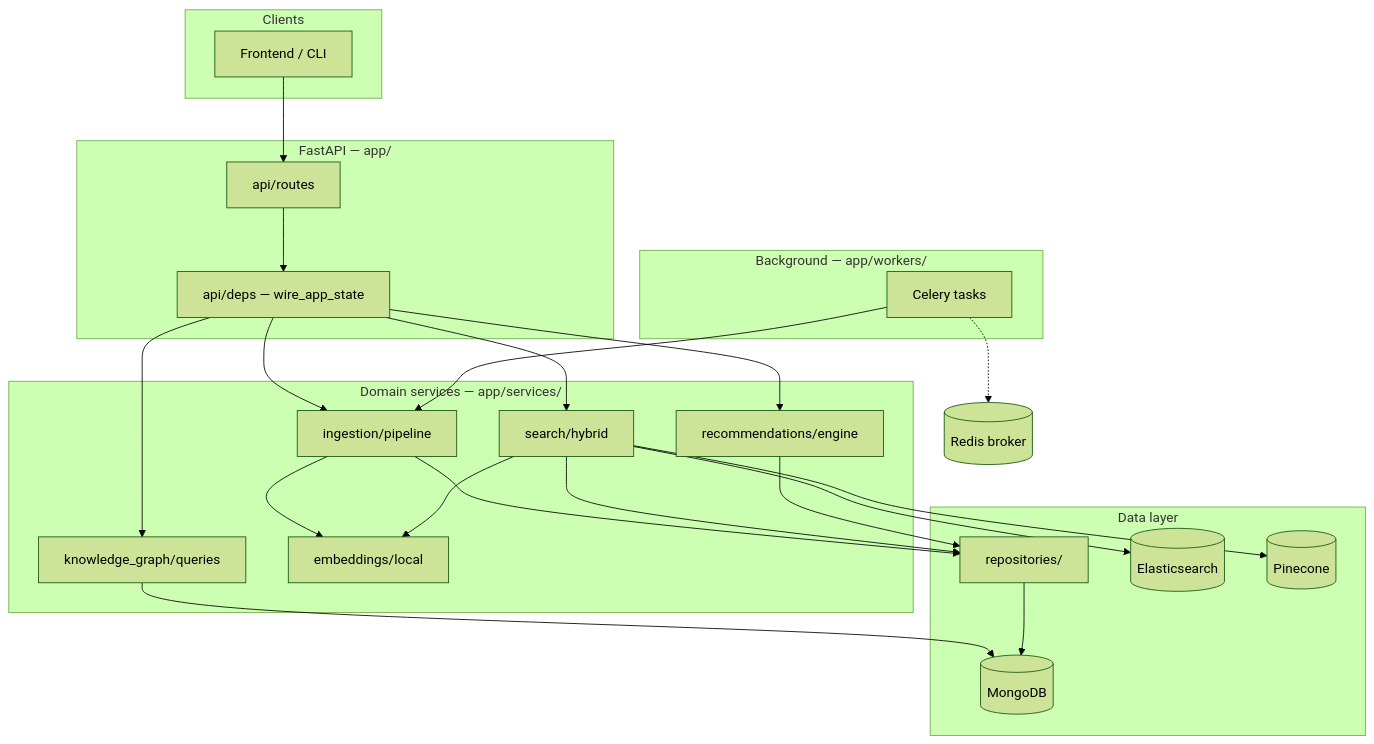
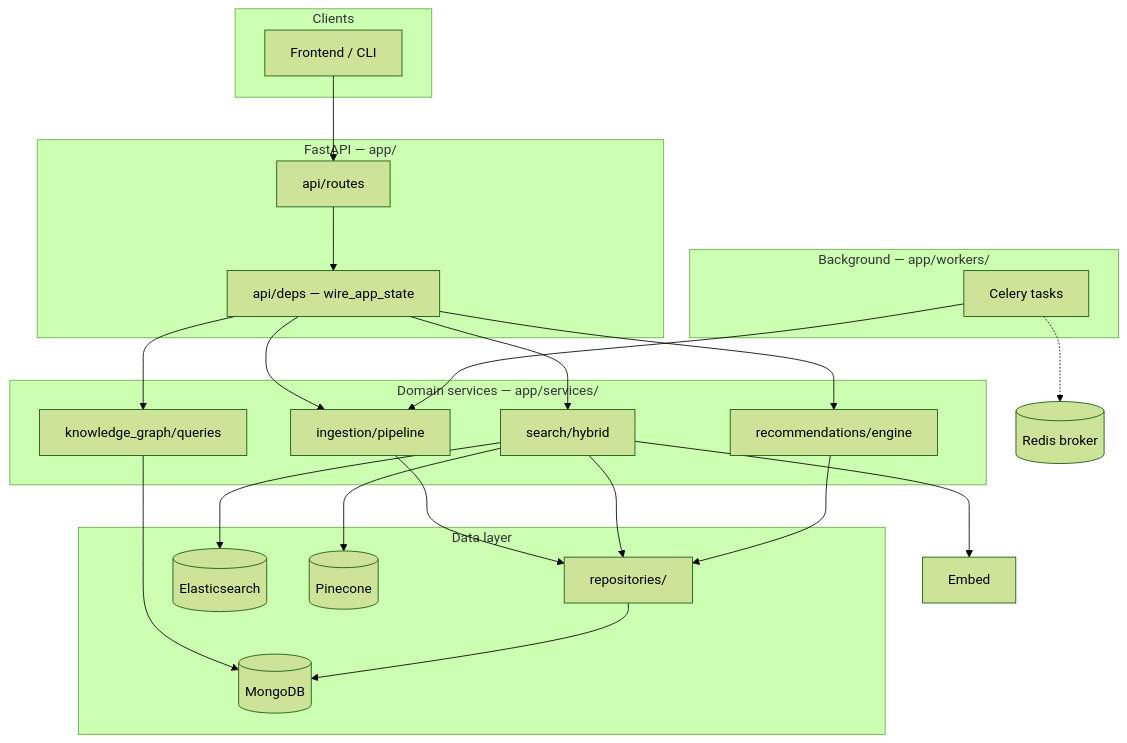
One commit to surajkarki66/citexis changed the diagram in README.md. Above: the diagram before and after it, drawn with Mermaid (forest theme). The commit also changed other lines of this file and 35 other files, not shown here.

````diff
--- a/README.md
+++ b/README.md
@@ -19,45 +19,43 @@
 ```mermaid
 flowchart TB
     subgraph clients [Clients]
         UI[Frontend / CLI]
     end
 
     subgraph api [FastAPI — app/]
         Routes[api/routes]
         Deps[api/deps — wire_app_state]
         Routes --> Deps
     end
 
     subgraph services [Domain services — app/services/]
         Ingest[ingestion/pipeline]
         Search[search/hybrid]
         Reco[recommendations/engine]
         KG[knowledge_graph/queries]
-        Embed[embeddings/local]
     end
 
     subgraph data [Data layer]
         Repo[repositories/]
         Mongo[(MongoDB)]
         ES[(Elasticsearch)]
         PC[(Pinecone)]
     end
 
     subgraph workers [Background — app/workers/]
         Celery[Celery tasks]
     end
 
     UI --> Routes
     Deps --> Ingest & Search & Reco & KG
-    Ingest --> Embed
     Ingest --> Repo
     Search --> Repo
     Search --> ES
     Search --> PC
     Search --> Embed
     Reco --> Repo
     KG --> Mongo
     Repo --> Mongo
     Celery --> Ingest
     Celery -.-> Redis[(Redis broker)]
 ```
````
